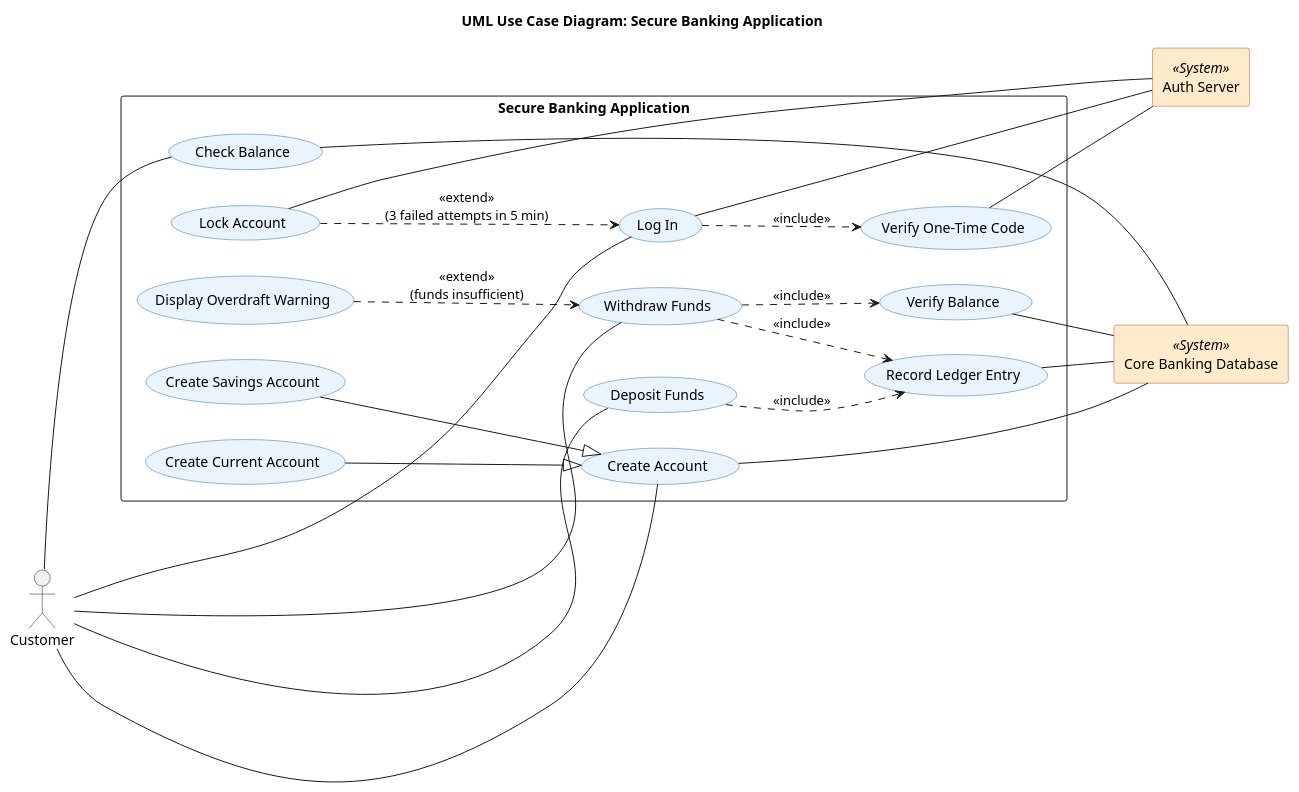
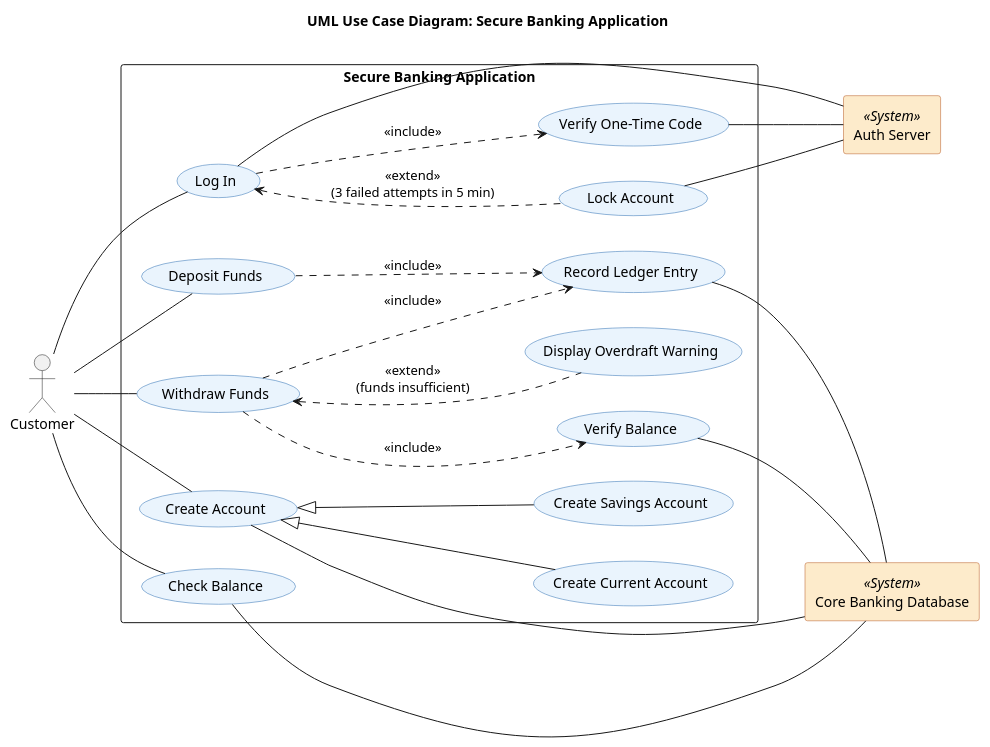
One commit to DeltaTIUS/scmp401-2026-team-delta changed the diagram in docs/uml/use-case-diagram.puml. Above: the diagram before and after it, drawn with PlantUML.

Commit message:
docs(uml): arrange diagram so lines do not cross

```diff
--- a/docs/uml/use-case-diagram.puml
+++ b/docs/uml/use-case-diagram.puml
@@ -1,72 +1,72 @@
 @startuml use-case-diagram
 ' UML use case diagram for the Secure Banking Application (SRS section 6.1).
 ' Export: plantuml -tpng docs/uml/use-case-diagram.puml
 
 left to right direction
 skinparam shadowing false
 skinparam defaultFontName Helvetica
 skinparam packageStyle rectangle
 skinparam usecase {
   BackgroundColor #EAF4FD
   BorderColor #2B6CB0
 }
 skinparam rectangle<<System>> {
   BackgroundColor #FDEBCB
   BorderColor #B7561F
 }
 
 title UML Use Case Diagram: Secure Banking Application
 
 actor Customer
 
 rectangle "Secure Banking Application" {
   usecase "Log In" as UC01
+  usecase "Deposit Funds" as UC05
+  usecase "Withdraw Funds" as UC03
+  usecase "Check Balance" as UC04
+  usecase "Create Account" as UC02
+
+  usecase "Lock Account" as LOCK
   usecase "Verify One-Time Code" as OTP
-  usecase "Lock Account" as LOCK
-
-  usecase "Create Account" as UC02
   usecase "Create Current Account" as CUR
   usecase "Create Savings Account" as SAV
-
-  usecase "Check Balance" as UC04
-  usecase "Deposit Funds" as UC05
-  usecase "Withdraw Funds" as UC03
+  usecase "Display Overdraft Warning" as ODW
   usecase "Verify Balance" as VB
-  usecase "Display Overdraft Warning" as ODW
   usecase "Record Ledger Entry" as LEDGER
 }
 
 rectangle "Auth Server" <<System>> as AUTH
 rectangle "Core Banking Database" <<System>> as DB
 
 ' Primary actor associations
 Customer -- UC01
-Customer -- UC02
-Customer -- UC04
 Customer -- UC05
 Customer -- UC03
+Customer -- UC04
+Customer -- UC02
 
 ' <<include>>: always happens as part of the base use case
 UC01 ..> OTP : <<include>>
 UC03 ..> VB : <<include>>
 UC03 ..> LEDGER : <<include>>
 UC05 ..> LEDGER : <<include>>
 
-' <<extend>>: only happens under a condition (arrow points to the base use case)
-LOCK ..> UC01 : <<extend>>\n(3 failed attempts in 5 min)
-ODW ..> UC03 : <<extend>>\n(funds insufficient)
+' <<extend>>: only happens under a condition (arrow points to the base use case).
+' Written base-first so the extension is drawn to the right of its base.
+UC01 <.. LOCK : <<extend>>\n(3 failed attempts in 5 min)
+UC03 <.. ODW : <<extend>>\n(funds insufficient)
 
 ' Generalization: both account types are kinds of Create Account
-CUR --|> UC02
-SAV --|> UC02
+UC02 <|-- CUR
+UC02 <|-- SAV
 
 ' Secondary actor associations
 UC01 -- AUTH
 OTP -- AUTH
 LOCK -- AUTH
 UC02 -- DB
 UC04 -- DB
 VB -- DB
 LEDGER -- DB
 
 @enduml
```
